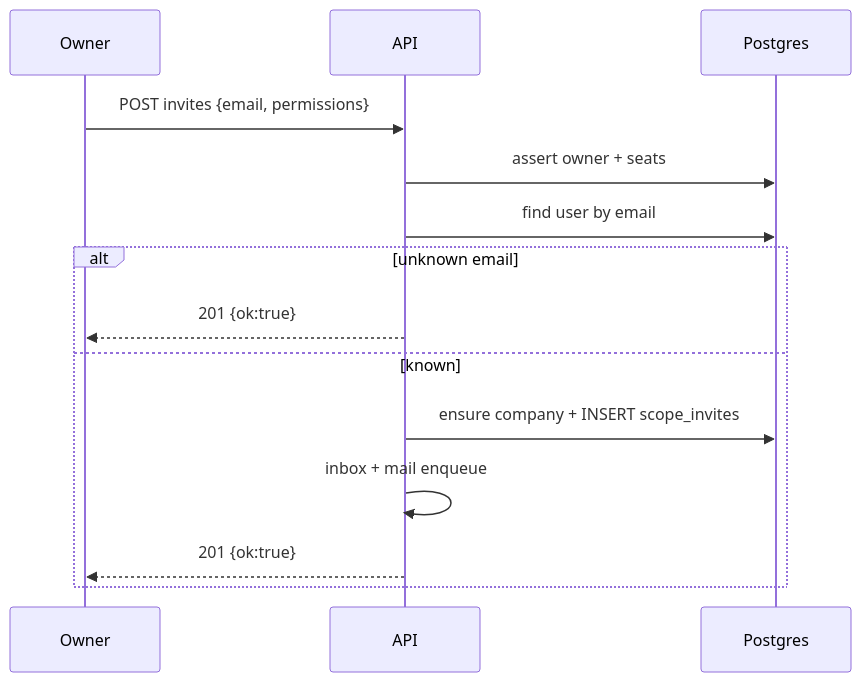
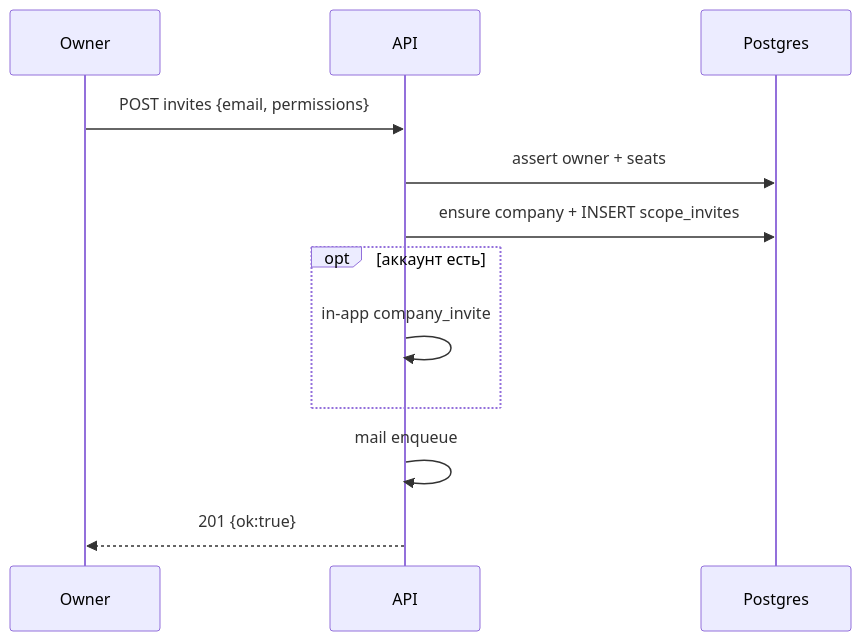
Before and after one commit to IOSHED/KKRCH.RU: the diagram in module_company/post-company-scopes-invites.md, drawn with Mermaid. The commit also changed other lines of this file and 1 other file, not shown here.

Commit message:
FIX: domain in all emails and deleted silent 201 for unknown email

````diff
--- a/module_company/post-company-scopes-invites.md
+++ b/module_company/post-company-scopes-invites.md
@@ -69,16 +67,14 @@
 ```mermaid
 sequenceDiagram
     participant O as Owner
     participant S as API
     participant PG as Postgres
     O ->> S: POST invites {email, permissions}
     S ->> PG: assert owner + seats
-    S ->> PG: find user by email
-    alt unknown email
-        S -->> O: 201 {ok:true}
-    else known
-        S ->> PG: ensure company + INSERT scope_invites
-        S ->> S: inbox + mail enqueue
-        S -->> O: 201 {ok:true}
+    S ->> PG: ensure company + INSERT scope_invites
+    opt аккаунт есть
+        S ->> S: in-app company_invite
     end
+    S ->> S: mail enqueue
+    S -->> O: 201 {ok:true}
 ```
````
